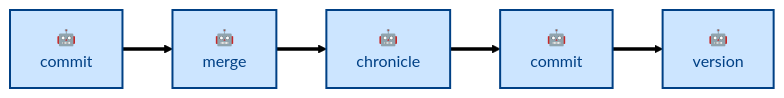
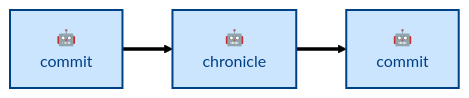
One commit to kieranpotts/skills changed the diagram in skills/chronicle/README.md. Above: the diagram before and after it, drawn with Mermaid (forest theme). The commit also changed other lines of this file and 13 other files, not shown here.

````diff
--- a/skills/chronicle/README.md
+++ b/skills/chronicle/README.md
@@ -58,20 +58,16 @@
 ```mermaid
 flowchart LR
   %% Node labels and classes.
   commit["🤖<br/>commit"]:::agentic
-  merge["🤖<br/>merge"]:::agentic
   chronicle["🤖<br/>chronicle"]:::agentic
   commitChangelog["🤖<br/>commit"]:::agentic
-  version["🤖<br/>version"]:::agentic
 
   %% Main workflow sequence.
-  commit ==> merge
-  merge ==> chronicle
+  commit ==> chronicle
   chronicle ==> commitChangelog
-  commitChangelog ==> version
 
   %% Class definitions.
   classDef agentic fill:#cce5ff,stroke:#004085,color:#004085,stroke-width:2px
   classDef scripted fill:#e2e3e5,stroke:#4b5157,color:#383d41,stroke-width:2px
   classDef anthropic fill:#fff3cd,stroke:#856404,color:#856404,stroke-width:1px,stroke-dasharray:2 3
 ```
````
